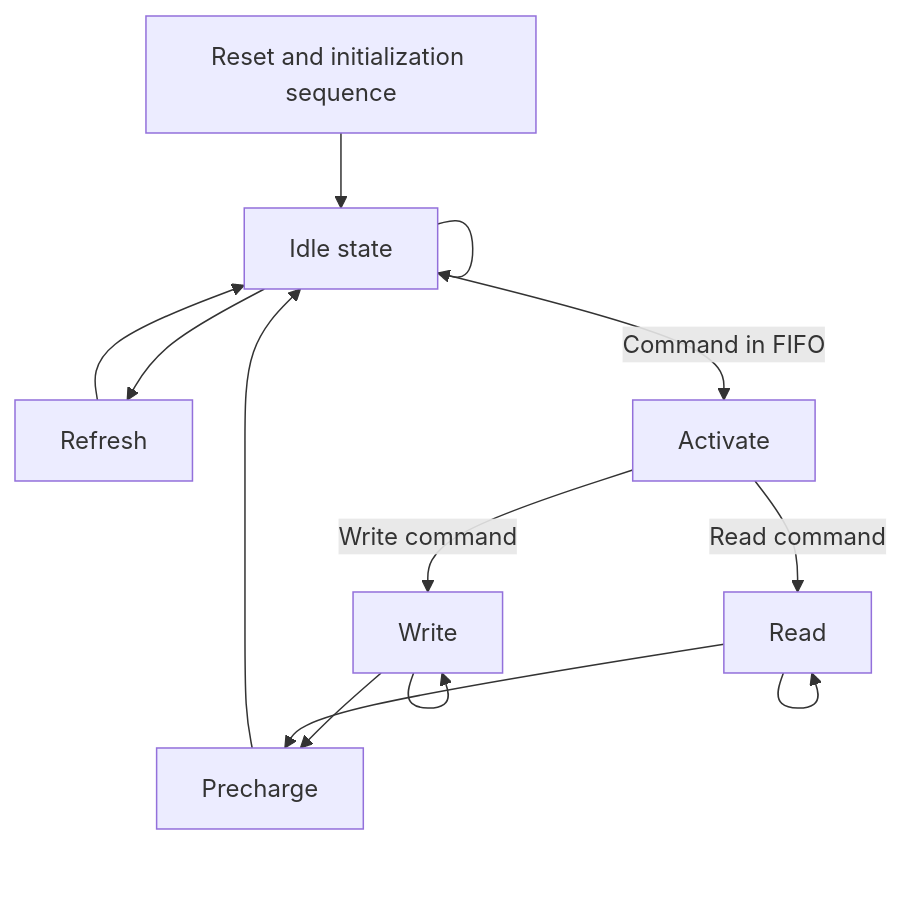
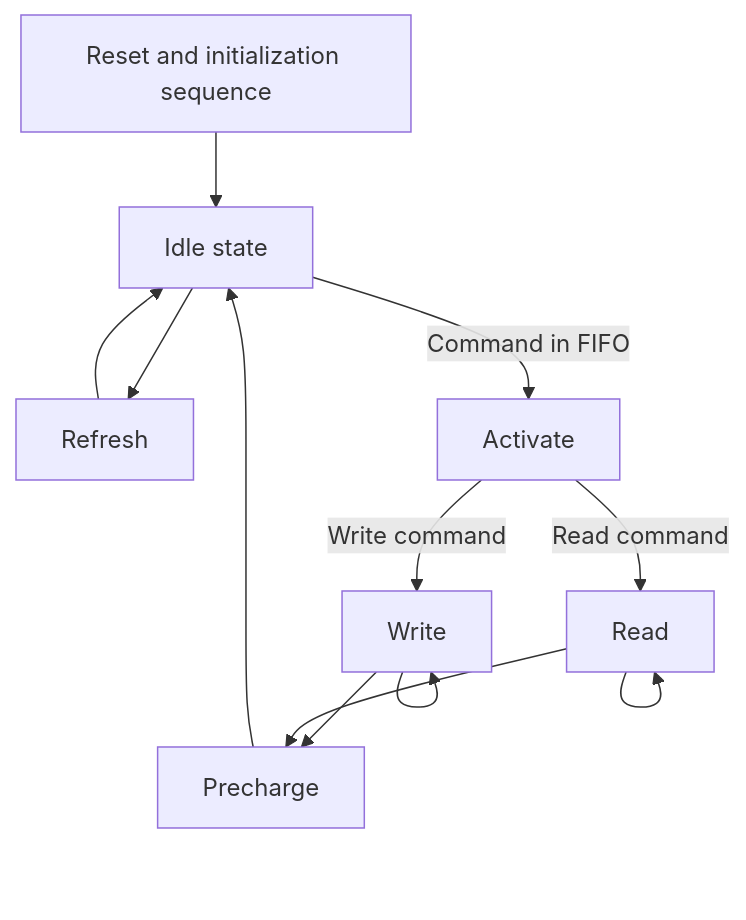
The diagram in docs/README.md (someone755/ddr3-controller), drawn with Mermaid before and after one commit. The commit also changed other lines of this file and 2 other files, not shown here.

````diff
--- a/docs/README.md
+++ b/docs/README.md
@@ -45,15 +87,14 @@
 ```mermaid
 graph TD;
     A[Reset and initialization sequence]-->ID[Idle state];
     ID-->REF[Refresh];
-    ID-->ID
     REF-->ID
     ID--Command in FIFO-->ACT[Activate]
     ACT--Write command-->WR[Write]
     WR-->WR
     WR-->PRE[Precharge]
     ACT--Read command-->RD[Read]
     RD-->RD
     RD-->PRE
     PRE-->ID
 ```
````
